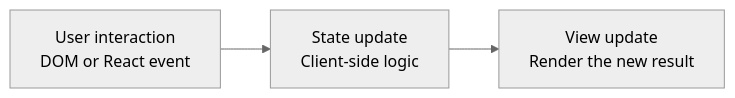
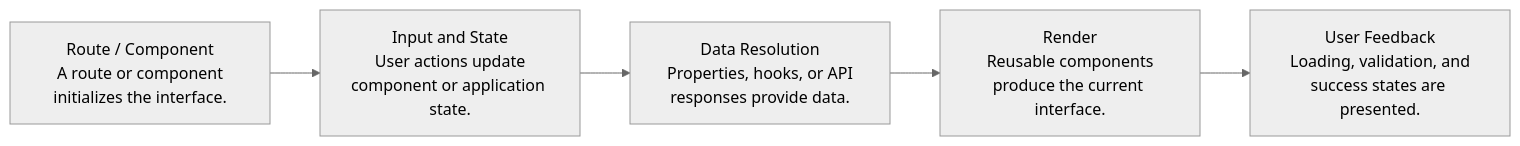
The diagram in README.md (Kanishq10/React_project), drawn with Mermaid (neutral theme) before and after one commit. The commit also changed other lines of this file, not shown here.

````diff
--- a/README.md
+++ b/README.md
@@ -20,8 +29,12 @@
 ```mermaid
 flowchart LR
-    N0["User interaction<br/> DOM or React event"]
-    N1["State update<br/> Client-side logic"]
+    N0["Route / Component<br/> A route or component initializes the interface."]
+    N1["Input and State<br/> User actions update component or application state."]
+    N2["Data Resolution<br/> Properties, hooks, or API responses provide data."]
+    N3["Render<br/> Reusable components produce the current interface."]
+    N4["User Feedback<br/> Loading, validation, and success states are presented."]
     N0 --> N1
-    N2["View update<br/> Render the new result"]
     N1 --> N2
+    N2 --> N3
+    N3 --> N4
 ```
````
